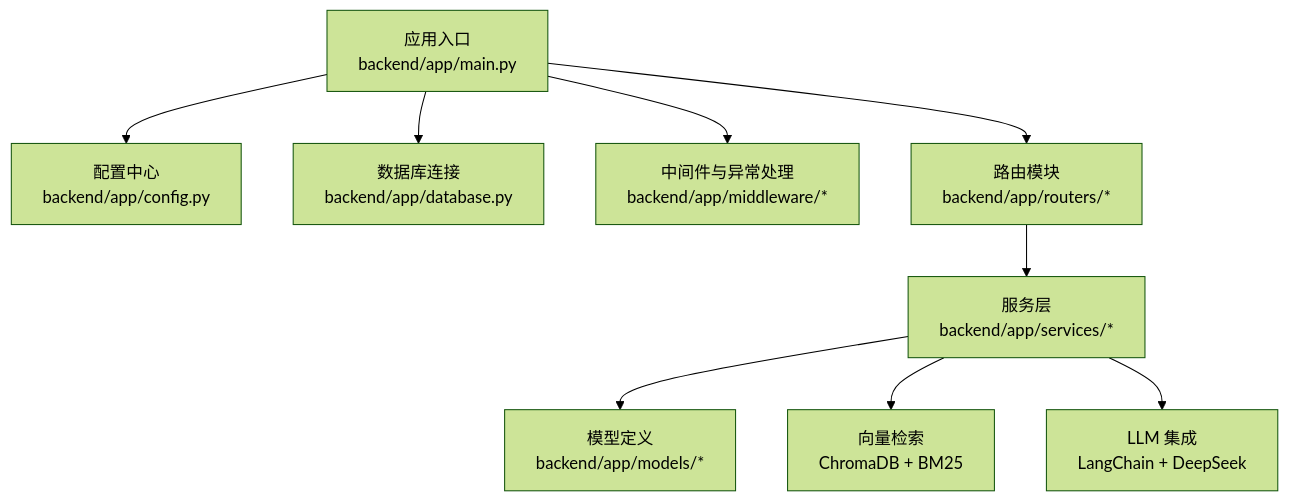
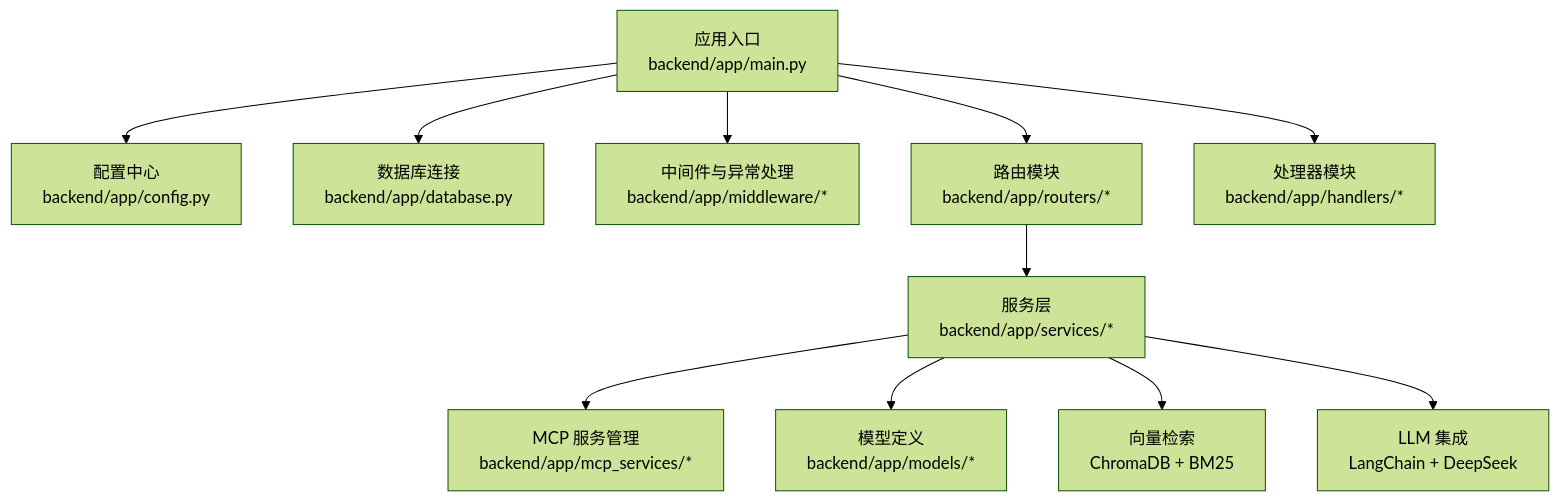
Before and after one commit to laohanhahaha/PaperChat: the first of 8 diagrams in .qoder/repowiki/zh/content/后端系统/后端系统.md, drawn with Mermaid (forest theme). The commit also changed other lines of this file and 59 other files, not shown here.

````diff
--- a/.qoder/repowiki/zh/content/后端系统/后端系统.md
+++ b/.qoder/repowiki/zh/content/后端系统/后端系统.md
@@ -47,11 +67,13 @@
 ```mermaid
 graph TB
 A["应用入口<br/>backend/app/main.py"] --> B["配置中心<br/>backend/app/config.py"]
 A --> C["数据库连接<br/>backend/app/database.py"]
 A --> D["中间件与异常处理<br/>backend/app/middleware/*"]
 A --> E["路由模块<br/>backend/app/routers/*"]
-E --> F["服务层<br/>backend/app/services/*"]
-F --> G["模型定义<br/>backend/app/models/*"]
-F --> H["向量检索<br/>ChromaDB + BM25"]
-F --> I["LLM 集成<br/>LangChain + DeepSeek"]
+A --> F["处理器模块<br/>backend/app/handlers/*"]
+E --> G["服务层<br/>backend/app/services/*"]
+G --> H["MCP 服务管理<br/>backend/app/mcp_services/*"]
+G --> I["模型定义<br/>backend/app/models/*"]
+G --> J["向量检索<br/>ChromaDB + BM25"]
+G --> K["LLM 集成<br/>LangChain + DeepSeek"]
 ```
````
